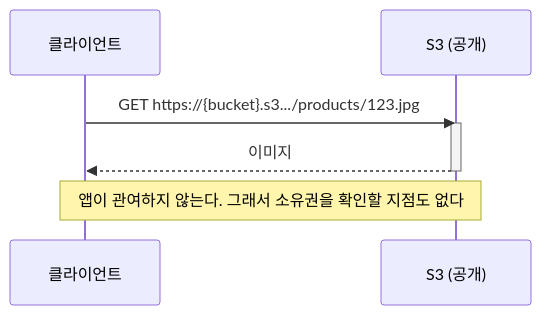
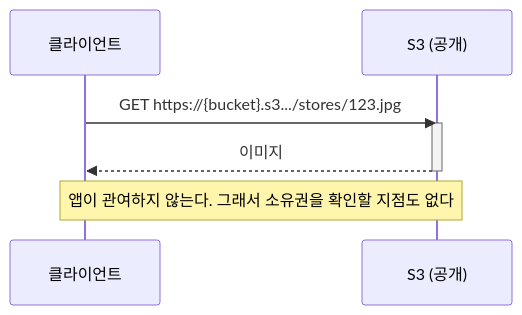
The second of 8 diagrams in docs/system-design/백엔드공통_이미지저장소_설계.md (lunch-catch/lc-infra), drawn with Mermaid before and after one commit. The commit also changed other lines of this file, not shown here.

````diff
--- a/docs/system-design/백엔드공통_이미지저장소_설계.md
+++ b/docs/system-design/백엔드공통_이미지저장소_설계.md
@@ -81,12 +98,12 @@
 ```mermaid
 sequenceDiagram
     participant C as 클라이언트
     participant S as S3 (공개)
 
-    C->>S: GET https://{bucket}.s3.../products/123.jpg
+    C->>S: GET https://{bucket}.s3.../stores/123.jpg
     activate S
     S-->>C: 이미지
     deactivate S
 
     Note over C,S: 앱이 관여하지 않는다. 그래서 소유권을 확인할 지점도 없다
 ```
````
